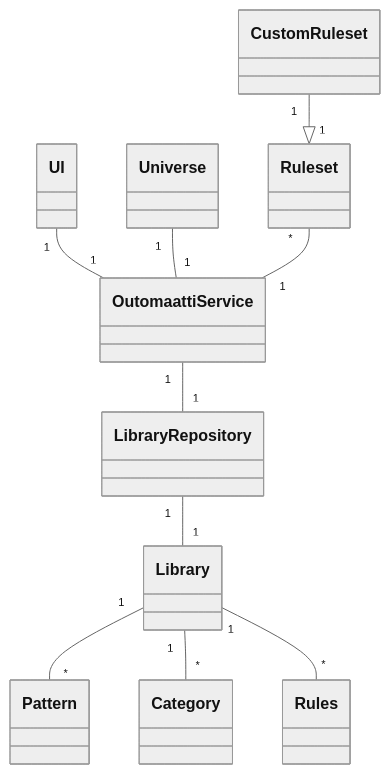
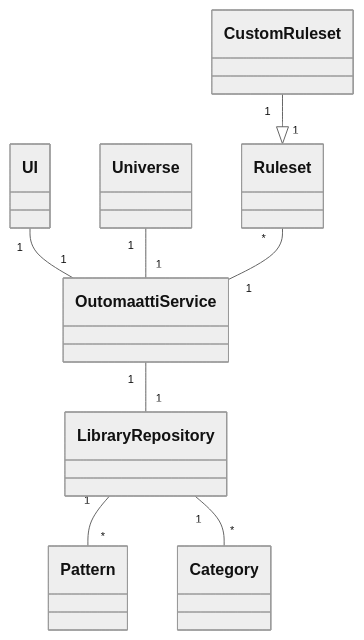
One commit to Aurala/ot-harjoitustyo changed the first of 2 diagrams in dokumentaatio/arkkitehtuuri.md. Above: the diagram before and after it, drawn with Mermaid (neutral theme). The commit also changed other lines of this file and 21 other files, not shown here.

````diff
--- a/dokumentaatio/arkkitehtuuri.md
+++ b/dokumentaatio/arkkitehtuuri.md
@@ -3,12 +24,10 @@
 ```mermaid
 classDiagram
     UI "1" -- "1" OutomaattiService
     Universe "1" -- "1" OutomaattiService
     OutomaattiService "1" -- "1" LibraryRepository
-    LibraryRepository "1" -- "1" Library
-    Library "1" -- "*" Pattern
-    Library "1" -- "*" Category
-    Library "1" -- "*" Rules
+    LibraryRepository "1" -- "*" Pattern
+    LibraryRepository "1" -- "*" Category
     Ruleset "*" -- "1" OutomaattiService
     CustomRuleset "1" --|> "1" Ruleset
 ```
````
